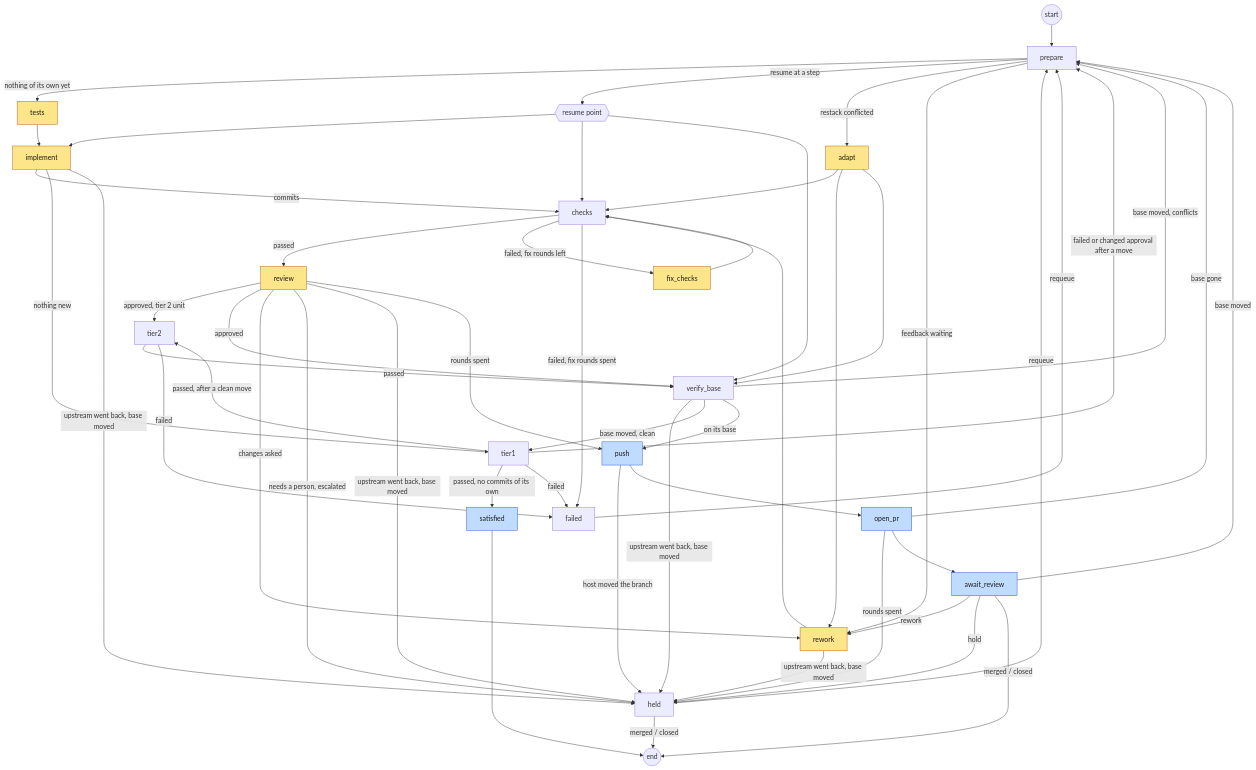
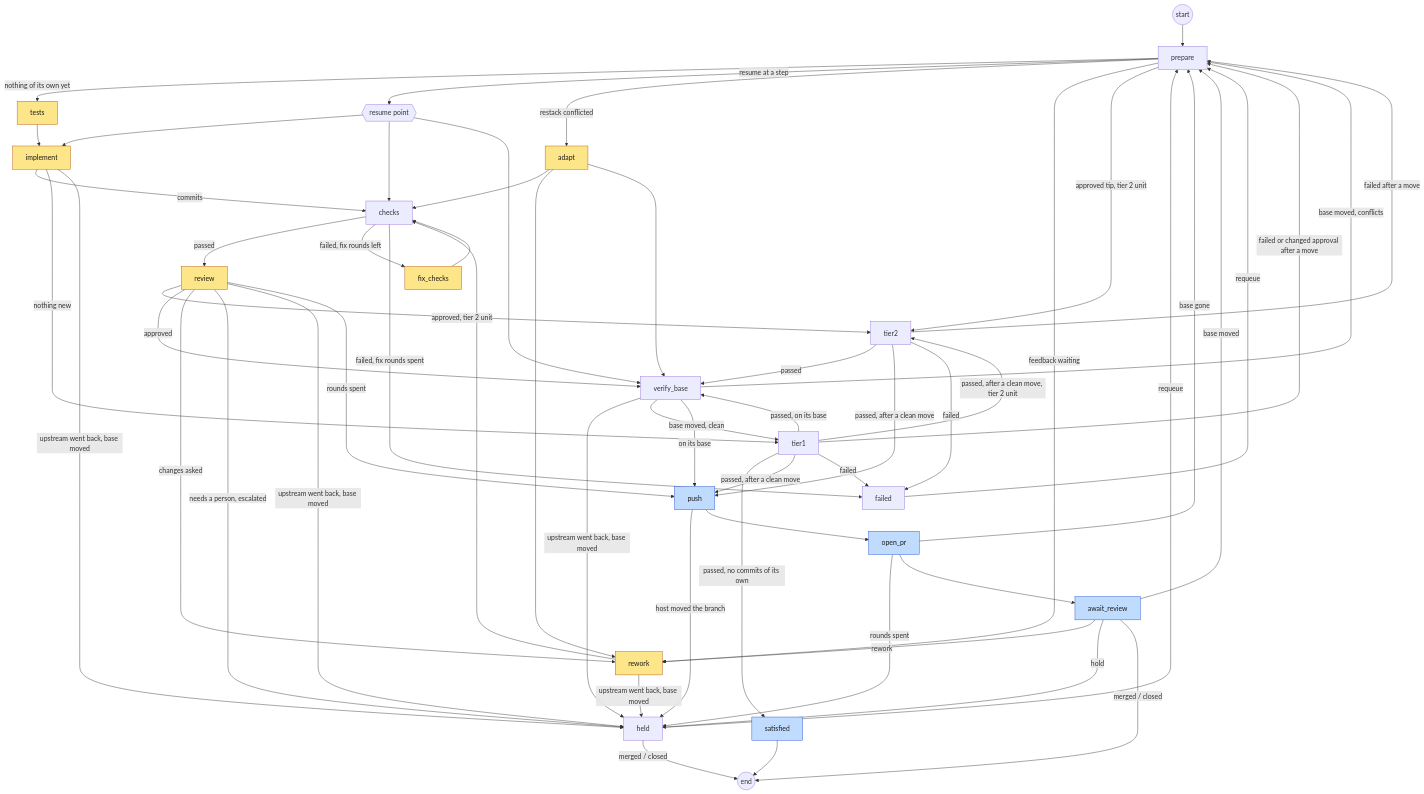
One commit to bwmatson/agent-build-kit changed the diagram in docs/unit-graph.md. Above: the diagram before and after it, drawn with Mermaid. The commit also changed other lines of this file and 3 other files, not shown here.

Commit message:
fix: Push straight after a clean move; reset spent on every trip through prepare

````diff
--- a/docs/unit-graph.md
+++ b/docs/unit-graph.md
@@ -121,51 +116,56 @@
 ```mermaid
 flowchart TD
     start((start)) --> prepare
     prepare -->|nothing of its own yet| tests
     prepare -->|resume at a step| resume{{resume point}}
     prepare -->|restack conflicted| adapt
     prepare -->|feedback waiting| rework
     adapt --> checks & rework & verify_base
     resume --> implement & checks & verify_base
     tests --> implement
     implement -->|commits| checks
     implement -->|nothing new| tier1
     checks -->|passed| review
     checks -->|failed, fix rounds left| fix_checks
     checks -->|failed, fix rounds spent| failed
     fix_checks --> checks
     review -->|approved, tier 2 unit| tier2
     review -->|approved| verify_base
     review -->|changes asked| rework
     review -->|needs a person, escalated| held
     implement & rework & review & verify_base -->|upstream went back, base moved| held
     review -->|rounds spent| push
     rework --> checks
     tier1 -->|passed, no commits of its own| satisfied
-    tier1 -->|passed, after a clean move| tier2
+    tier1 -->|passed, after a clean move, tier 2 unit| tier2
+    tier1 -->|passed, after a clean move| push
+    tier1 -->|passed, on its base| verify_base
     tier1 -->|failed| failed
     tier1 -->|failed or changed approval after a move| prepare
+    prepare -->|approved tip, tier 2 unit| tier2
     tier2 -->|passed| verify_base
+    tier2 -->|passed, after a clean move| push
     tier2 -->|failed| failed
+    tier2 -->|failed after a move| prepare
     verify_base -->|base moved, clean| tier1
     verify_base -->|base moved, conflicts| prepare
     verify_base -->|on its base| push
     push -->|host moved the branch| held
     push --> open_pr
     open_pr -->|base gone| prepare
     open_pr -->|rounds spent| held
     open_pr --> await_review
     await_review -->|rework| rework
     await_review -->|base moved| prepare
     await_review -->|hold| held
     await_review -->|merged / closed| finished((end))
     held -->|requeue| prepare
     held -->|merged / closed| finished
     satisfied --> finished
     failed -->|requeue| prepare
 
     classDef agent fill:#fde68a,stroke:#b45309,color:#1c1917
     classDef forge fill:#bfdbfe,stroke:#1d4ed8,color:#1c1917
     class tests,implement,fix_checks,review,rework,adapt agent
     class push,open_pr,await_review,satisfied forge
 ```
````
